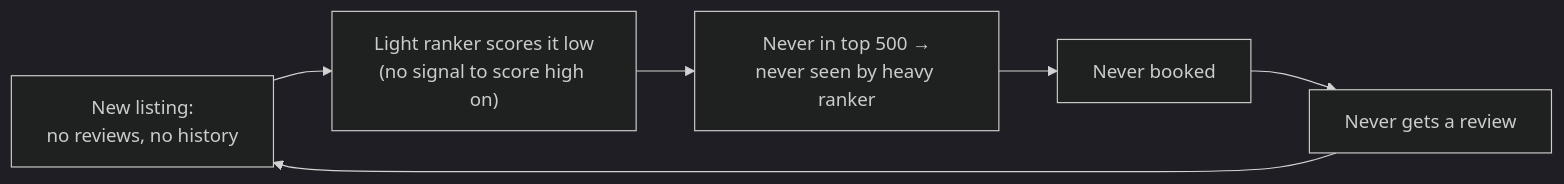
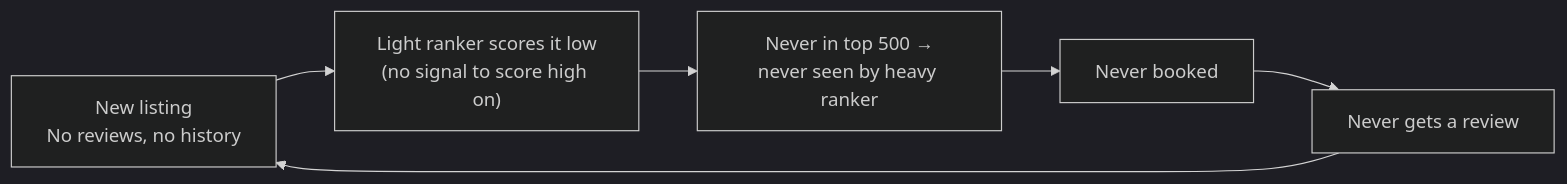
One commit to riyaz-pasha/Learnings changed the ninth of 16 diagrams in system-design/HLD/0-course/52-Design-Airbnb-Search-Ranking-FAANG-Guide-story.md. Above: the diagram before and after it, drawn with Mermaid (dark theme). The commit also changed other lines of this file and 1 other file, not shown here.

Commit message:
[REWRITE] Airbnb Search Ranking story guide: simplify prose, add structure, fix diagrams

````diff
--- a/system-design/HLD/0-course/52-Design-Airbnb-Search-Ranking-FAANG-Guide-story.md
+++ b/system-design/HLD/0-course/52-Design-Airbnb-Search-Ranking-FAANG-Guide-story.md
@@ -167,8 +365,8 @@
 ```mermaid
 flowchart LR
-    New["New listing:\nno reviews, no history"] --> Light["Light ranker scores it low\n(no signal to score high on)"]
-    Light --> Never["Never in top 500 →\nnever seen by heavy ranker"]
+    New["New listing<br/>No reviews, no history"] --> Light["Light ranker scores it low<br/>(no signal to score high on)"]
+    Light --> Never["Never in top 500 →<br/>never seen by heavy ranker"]
     Never --> NoBook["Never booked"]
     NoBook --> NoReview["Never gets a review"]
     NoReview --> New
 ```
````
